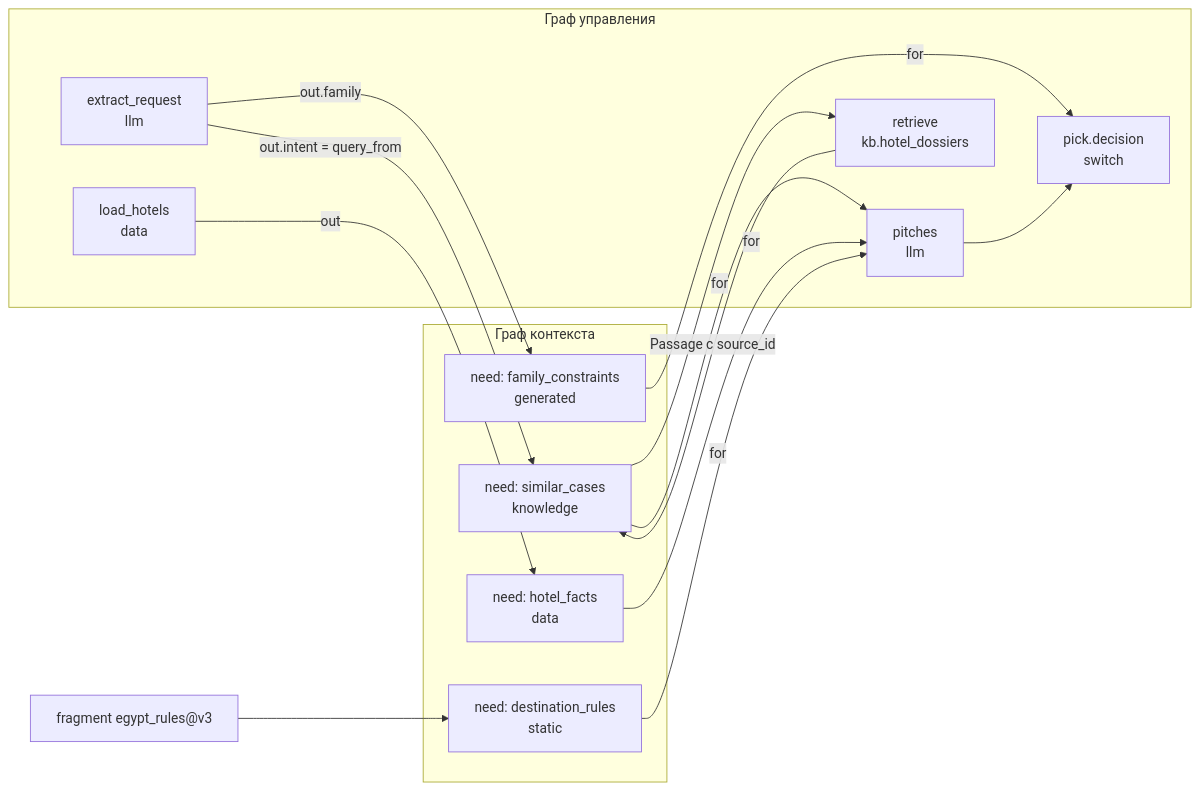
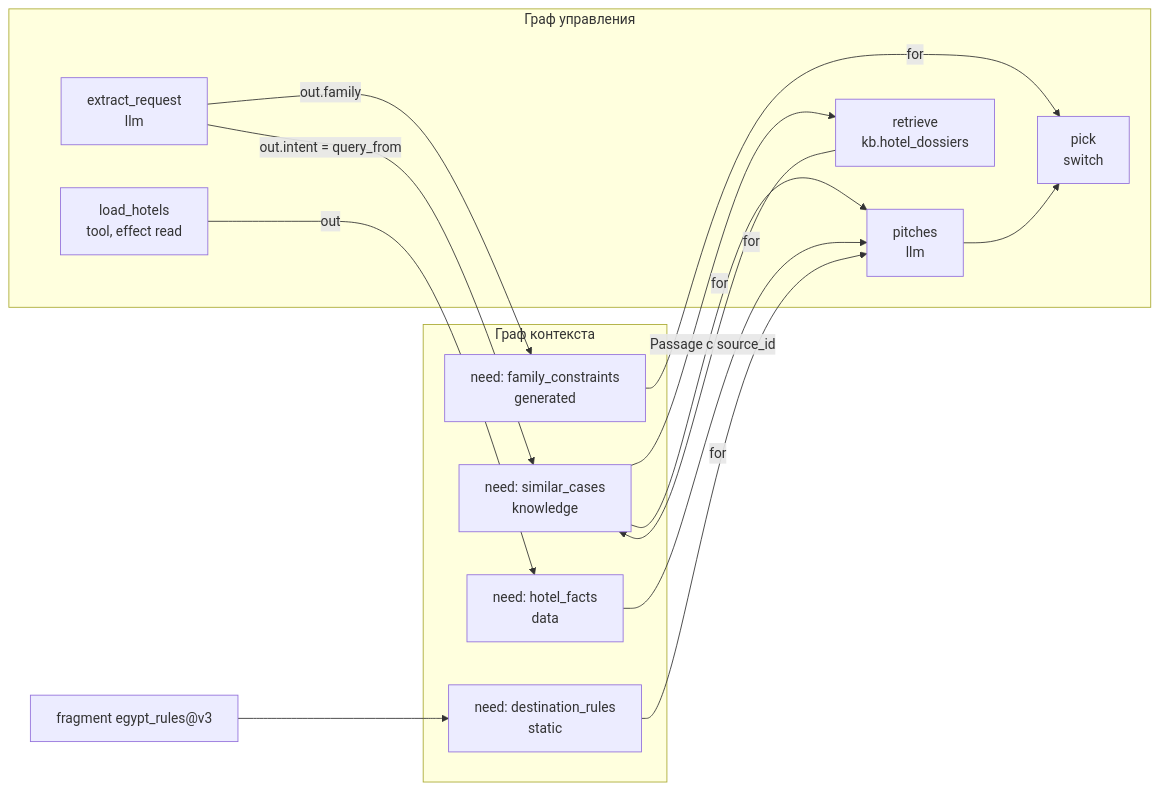
One commit to lastonoga/AQVEN changed the diagram in docs/09-context-model.md. Above: the diagram before and after it, drawn with Mermaid. The commit also changed other lines of this file and 476 other files, not shown here.

````diff
--- a/docs/09-context-model.md
+++ b/docs/09-context-model.md
@@ -262,29 +396,29 @@
 ```mermaid
 graph LR
   subgraph control["Граф управления"]
     extract["extract_request<br/>llm"]
     retrieve["retrieve<br/>kb.hotel_dossiers"]
-    load["load_hotels<br/>data"]
+    load["load_hotels<br/>tool, effect read"]
     pitches["pitches<br/>llm"]
-    pick["pick.decision<br/>switch"]
+    pick["pick<br/>switch"]
   end
 
   subgraph ctx["Граф контекста"]
     n_family["need: family_constraints<br/>generated"]
     n_cases["need: similar_cases<br/>knowledge"]
     n_rules["need: destination_rules<br/>static"]
     n_facts["need: hotel_facts<br/>data"]
   end
 
   frag["fragment egypt_rules@v3"] --> n_rules
   extract -->|out.family| n_family
   extract -->|out.intent = query_from| n_cases
   n_cases --> retrieve
   retrieve -->|Passage с source_id| n_cases
   load -->|out| n_facts
   n_family -->|for| pick
   n_cases -->|for| pitches
   n_rules -->|for| pitches
   n_facts -->|for| pitches
   pitches --> pick
 ```
````
